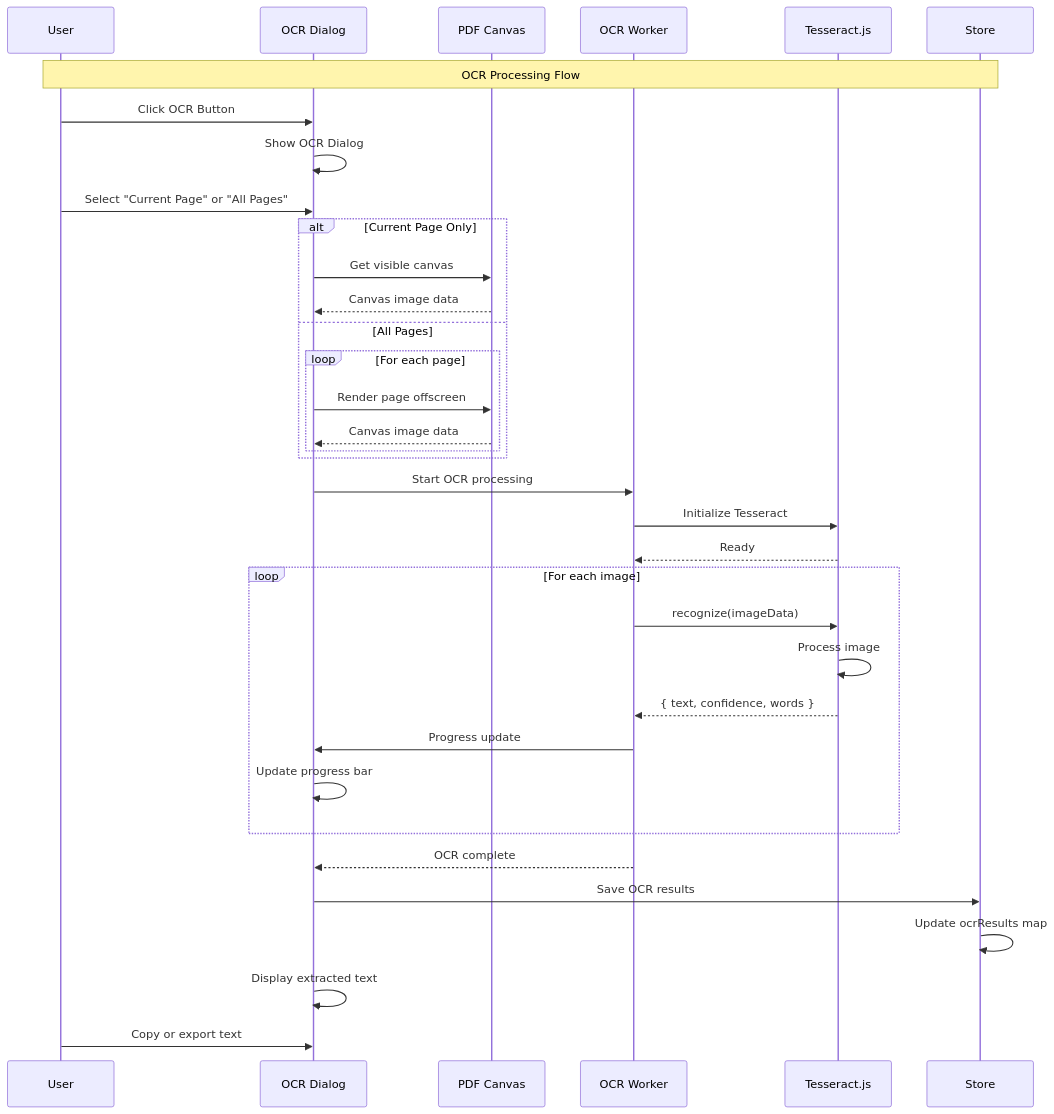
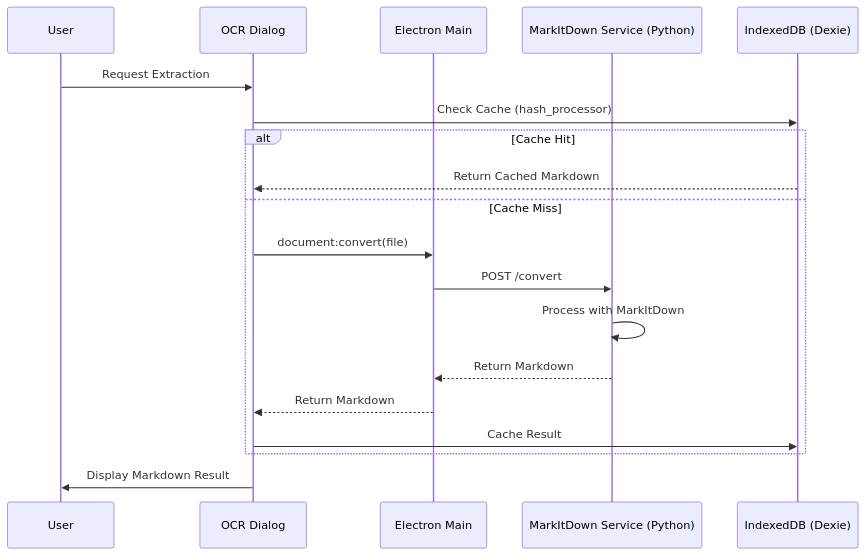
Diagram 16 of 20 in DOCUMENTATION.md (jana1998/portable-document-formatter), drawn with Mermaid before and after one commit. The commit also changed other lines of this file and 4 other files, not shown here.

Commit message:
docs: finalize Phase 1 kickoff artifacts and update architecture for MarkItDown integration

````diff
--- a/DOCUMENTATION.md
+++ b/DOCUMENTATION.md
@@ -1275,42 +1301,22 @@
 ```mermaid
 sequenceDiagram
     participant U as User
     participant UI as OCR Dialog
-    participant Canvas as PDF Canvas
-    participant Worker as OCR Worker
-    participant Tess as Tesseract.js
-    participant Store as Store
+    participant Main as Electron Main
+    participant Svc as MarkItDown Service (Python)
+    participant DB as IndexedDB (Dexie)
 
-    Note over U,Store: OCR Processing Flow
-    U->>UI: Click OCR Button
-    UI->>UI: Show OCR Dialog
-    U->>UI: Select "Current Page" or "All Pages"
-
-    alt Current Page Only
-        UI->>Canvas: Get visible canvas
-        Canvas-->>UI: Canvas image data
-    else All Pages
-        loop For each page
-            UI->>Canvas: Render page offscreen
-            Canvas-->>UI: Canvas image data
-        end
+    U->>UI: Request Extraction
+    UI->>DB: Check Cache (hash_processor)
+    alt Cache Hit
+        DB-->>UI: Return Cached Markdown
+    else Cache Miss
+        UI->>Main: document:convert(file)
+        Main->>Svc: POST /convert
+        Svc->>Svc: Process with MarkItDown
+        Svc-->>Main: Return Markdown
+        Main-->>UI: Return Markdown
+        UI->>DB: Cache Result
     end
-
-    UI->>Worker: Start OCR processing
-    Worker->>Tess: Initialize Tesseract
-    Tess-->>Worker: Ready
-
-    loop For each image
-        Worker->>Tess: recognize(imageData)
-        Tess->>Tess: Process image
-        Tess-->>Worker: { text, confidence, words }
-        Worker->>UI: Progress update
-        UI->>UI: Update progress bar
-    end
-
-    Worker-->>UI: OCR complete
-    UI->>Store: Save OCR results
-    Store->>Store: Update ocrResults map
-    UI->>UI: Display extracted text
-    U->>UI: Copy or export text
+    UI->>U: Display Markdown Result
 ```
````
